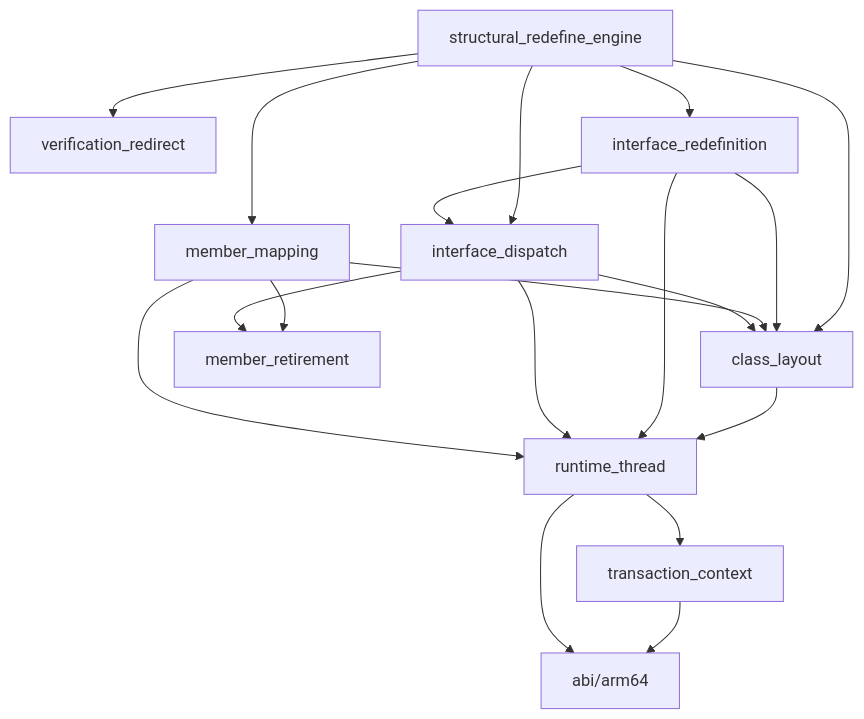
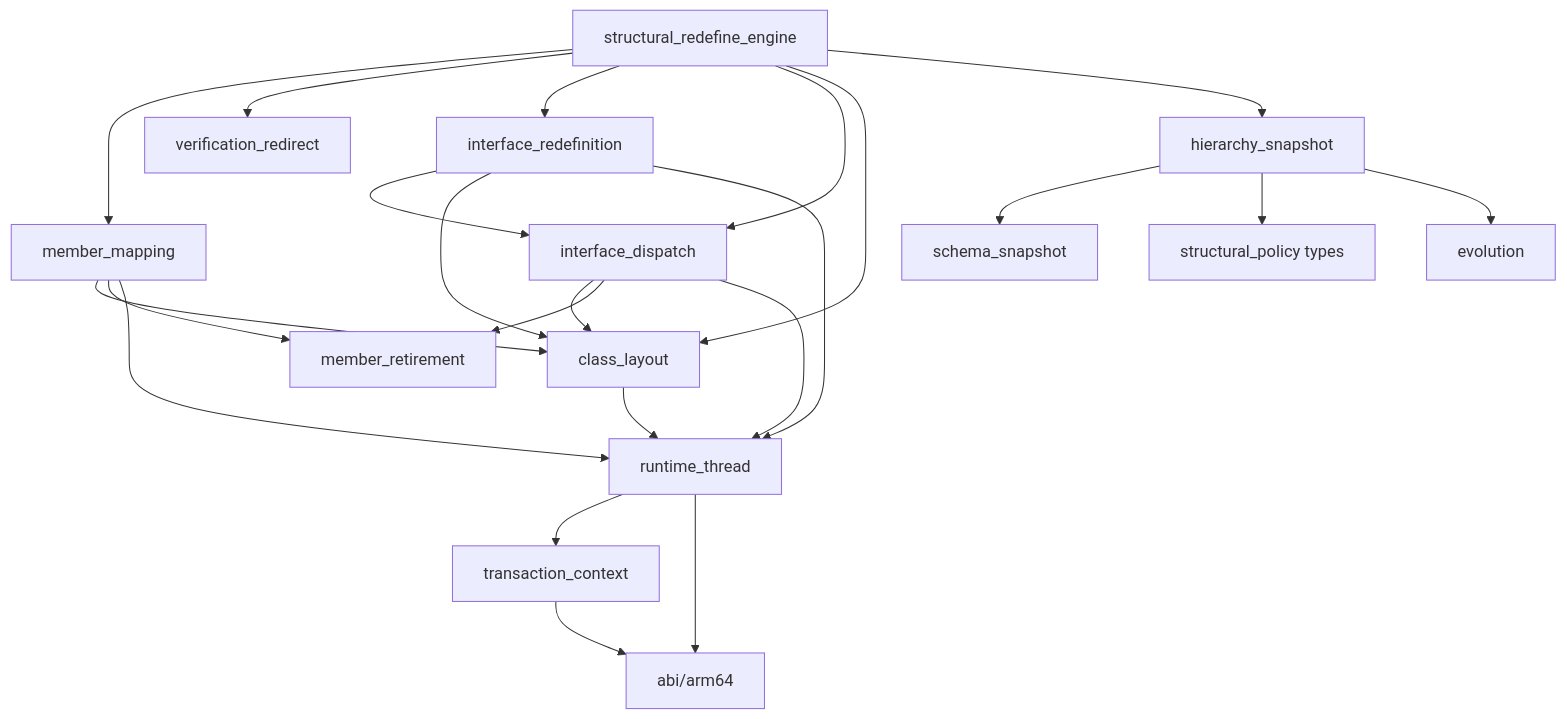
The diagram in docs/STRUCTURAL_REDEFINE_ENGINE.en.md (ytlog/art-dcevm), drawn with Mermaid before and after one commit. The commit also changed other lines of this file and 13 other files, not shown here.

````diff
--- a/docs/STRUCTURAL_REDEFINE_ENGINE.en.md
+++ b/docs/STRUCTURAL_REDEFINE_ENGINE.en.md
@@ -439,21 +440,25 @@
 ```mermaid
 flowchart TD
     engine[structural_redefine_engine] --> mapping[member_mapping]
     engine --> verify[verification_redirect]
     engine --> interface[interface_redefinition]
     engine --> dispatch[interface_dispatch]
     engine --> layout[class_layout]
+    engine --> hierarchy[hierarchy_snapshot]
+    hierarchy --> schema[schema_snapshot]
+    hierarchy --> policy[structural_policy types]
+    hierarchy --> evolution[evolution]
     interface --> dispatch
     interface --> layout
     mapping --> layout
     mapping --> retirement[member_retirement]
     dispatch --> layout
     dispatch --> retirement
     layout --> thread[runtime_thread]
     interface --> thread
     dispatch --> thread
     mapping --> thread
     thread --> context[transaction_context]
     context --> abi[abi/arm64]
     thread --> abi
 ```
````
